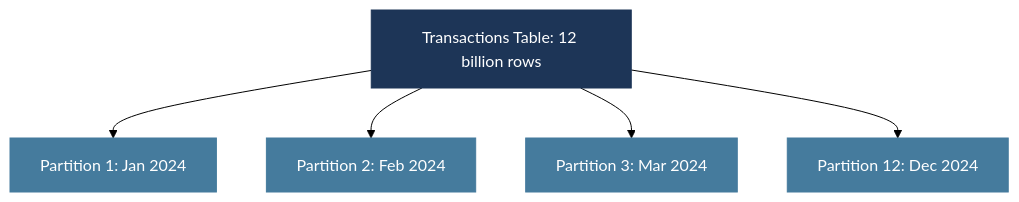
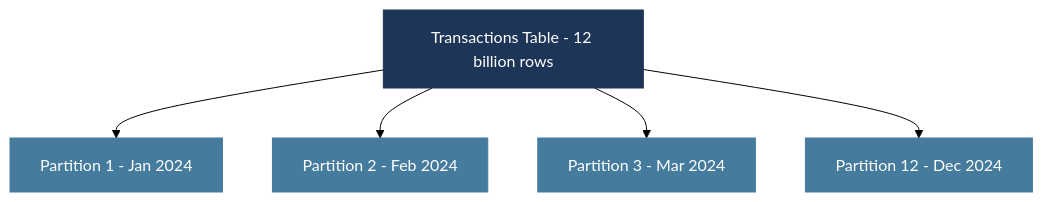
One commit to MuhammadTahaNasir/Big-Data-Analytics-Notes changed the second of 16 diagrams in Week3/Lecture3_Partitioning_Sharding_Caching_QueryOpt.md. Above: the diagram before and after it, drawn with Mermaid (forest theme). The commit also changed other lines of this file, not shown here.

````diff
--- a/Week3/Lecture3_Partitioning_Sharding_Caching_QueryOpt.md
+++ b/Week3/Lecture3_Partitioning_Sharding_Caching_QueryOpt.md
@@ -52,13 +52,13 @@
 ```mermaid
 flowchart TD
-    TABLE[Transactions Table: 12 billion rows] --> P1[Partition 1: Jan 2024]
-    TABLE --> P2[Partition 2: Feb 2024]
-    TABLE --> P3[Partition 3: Mar 2024]
-    TABLE --> PN[Partition 12: Dec 2024]
+    TABLE[Transactions Table - 12 billion rows] --> P1[Partition 1 - Jan 2024]
+    TABLE --> P2[Partition 2 - Feb 2024]
+    TABLE --> P3[Partition 3 - Mar 2024]
+    TABLE --> PN[Partition 12 - Dec 2024]
 
     style TABLE fill:#1d3557,color:#fff,stroke:#1d3557
     style P1 fill:#457b9d,color:#fff,stroke:#457b9d
     style P2 fill:#457b9d,color:#fff,stroke:#457b9d
     style P3 fill:#457b9d,color:#fff,stroke:#457b9d
     style PN fill:#457b9d,color:#fff,stroke:#457b9d
 ```
````
